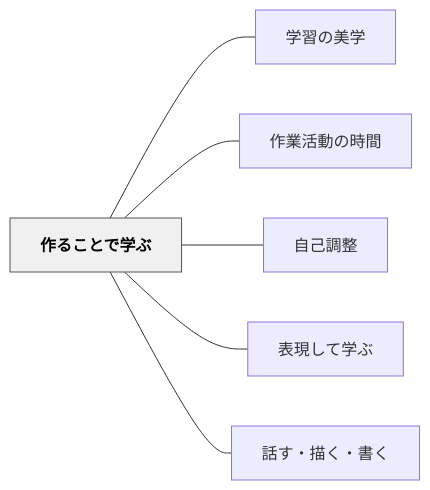
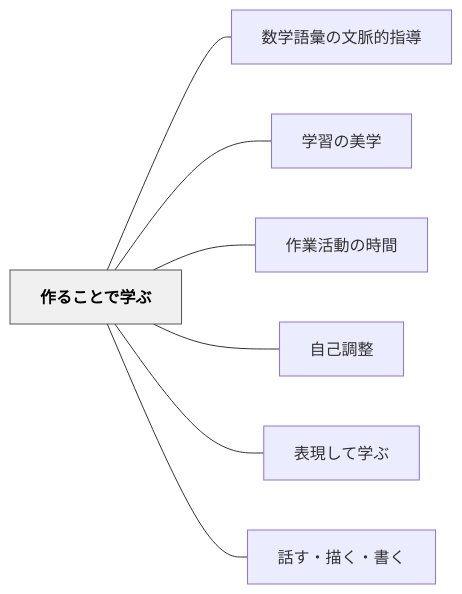
The diagram in content/パタン/作ることで学ぶ.md (unknownthings-ed-patterns/unknownthings-ed-patterns), drawn with Mermaid before and after one commit. The commit also changed other lines of this file and 47 other files, not shown here.

````diff
--- a/content/パタン/作ることで学ぶ.md
+++ b/content/パタン/作ることで学ぶ.md
@@ -169,18 +170,20 @@
 ```mermaid
 flowchart LR
     ne4bd9ce3828b["作ることで学ぶ"]
+    ne695b0e5ada6["数学語彙の文脈的指導"]
     ne5ada6e7bf92["学習の美学"]
     ne4bd9ce6a5ad["作業活動の時間"]
     ne887aae5b7b1["自己調整"]
     ne8a1a8e78fbe["表現して学ぶ"]
     ne8a9b1e38199["話す・描く・書く"]
 
+    ne4bd9ce3828b --- ne695b0e5ada6
     ne4bd9ce3828b --- ne5ada6e7bf92
     ne4bd9ce3828b --- ne4bd9ce6a5ad
     ne4bd9ce3828b --- ne887aae5b7b1
     ne4bd9ce3828b --- ne8a1a8e78fbe
     ne4bd9ce3828b --- ne8a9b1e38199
 
     classDef hub fill:#f0f0f0,stroke:#555,color:#000,font-weight:bold
     class ne4bd9ce3828b hub
 ```
````
